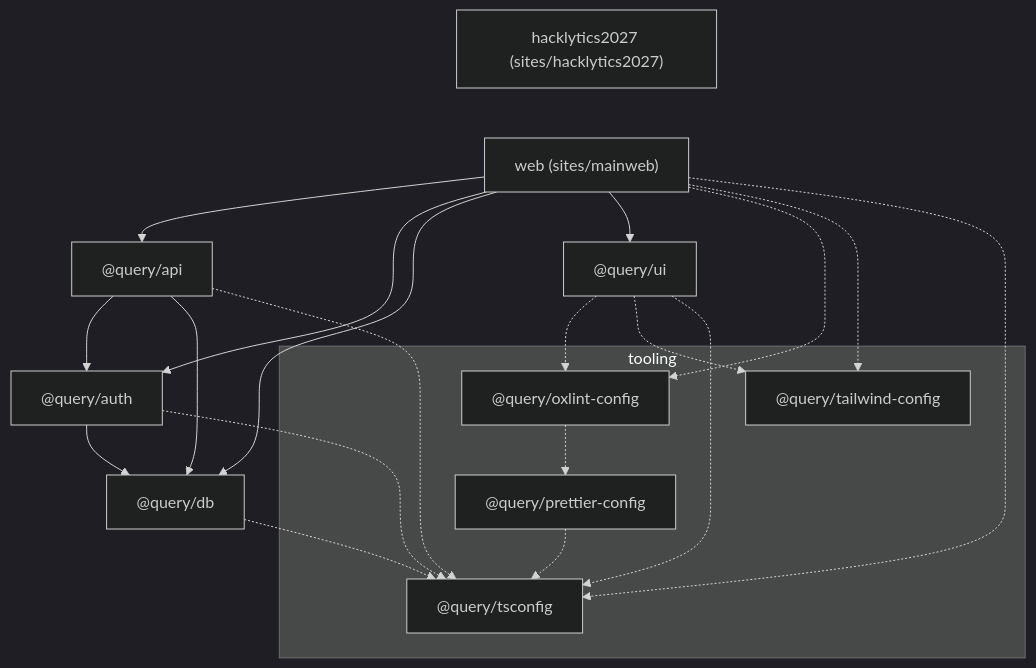
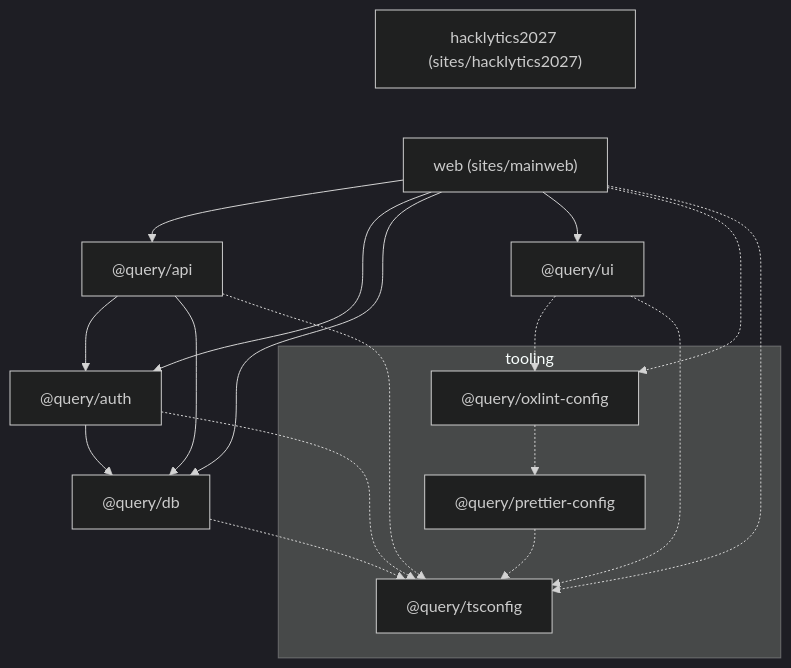
One commit to DataScience-GT/query changed the first of 2 diagrams in docs/architecture.md. Above: the diagram before and after it, drawn with Mermaid (dark theme). The commit also changed 10 other files, not shown here.

First line of the commit message:
chore(tooling): remove unused @query/tailwind-config

````diff
--- a/docs/architecture.md
+++ b/docs/architecture.md
@@ -38,35 +38,32 @@
 ```mermaid
 flowchart TD
   web["web (sites/mainweb)"]
   hack["hacklytics2027 (sites/hacklytics2027)"]
   api["@query/api"]
   auth["@query/auth"]
   db["@query/db"]
   ui["@query/ui"]
   subgraph tooling["tooling"]
     oxlint["@query/oxlint-config"]
     prettier["@query/prettier-config"]
-    tailwind["@query/tailwind-config"]
     tsconfig["@query/tsconfig"]
   end
 
   web --> api
   web --> auth
   web --> db
   web --> ui
   api --> auth
   api --> db
   auth --> db
   web -.-> oxlint
-  web -.-> tailwind
   web -.-> tsconfig
   ui -.-> oxlint
-  ui -.-> tailwind
   ui -.-> tsconfig
   api -.-> tsconfig
   auth -.-> tsconfig
   db -.-> tsconfig
   oxlint -.-> prettier
   prettier -.-> tsconfig
   hack ~~~ web
 ```
````
